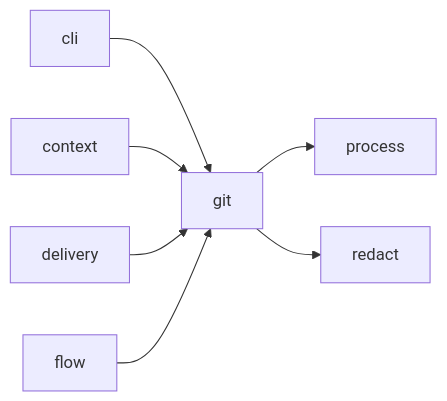
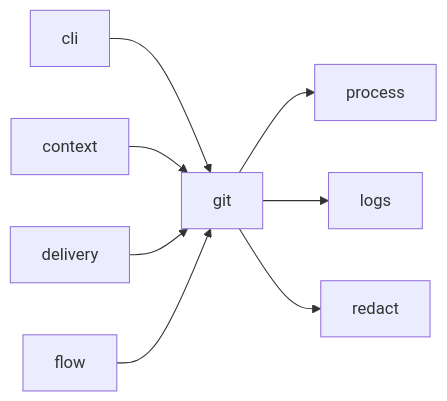
The diagram in docs/architecture/modules/git.md (plaplanche/ariane), drawn with Mermaid before and after one commit. The commit also changed 22 other files, not shown here.

````diff
--- a/docs/architecture/modules/git.md
+++ b/docs/architecture/modules/git.md
@@ -18,9 +18,10 @@
 ```mermaid
 flowchart LR
   git --> process
+  git --> logs
   git --> redact
   cli --> git
   context --> git
   delivery --> git
   flow --> git
 ```
````
